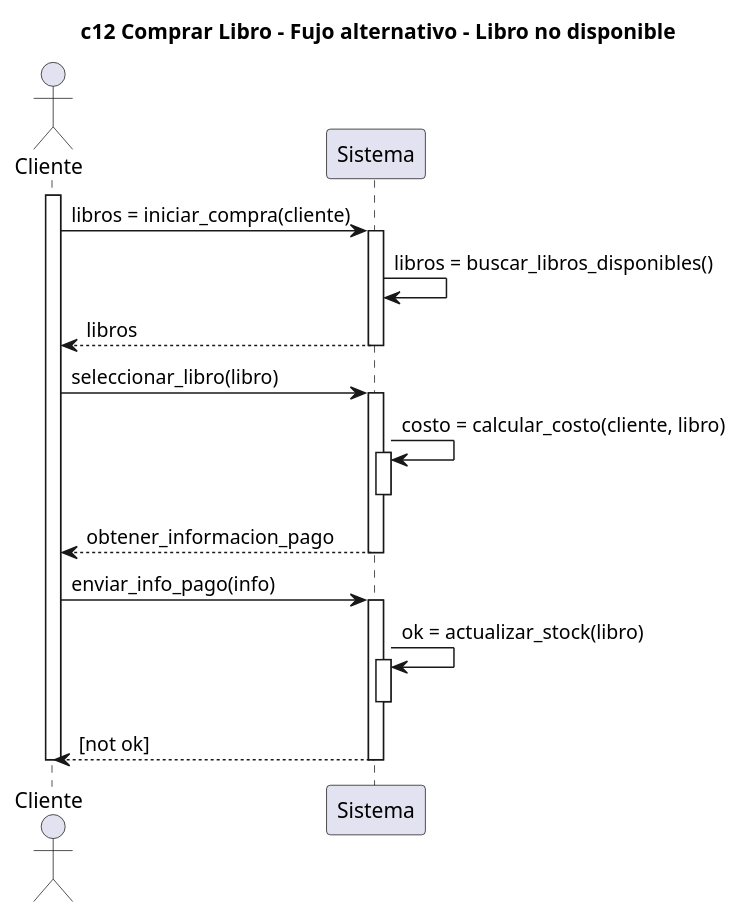
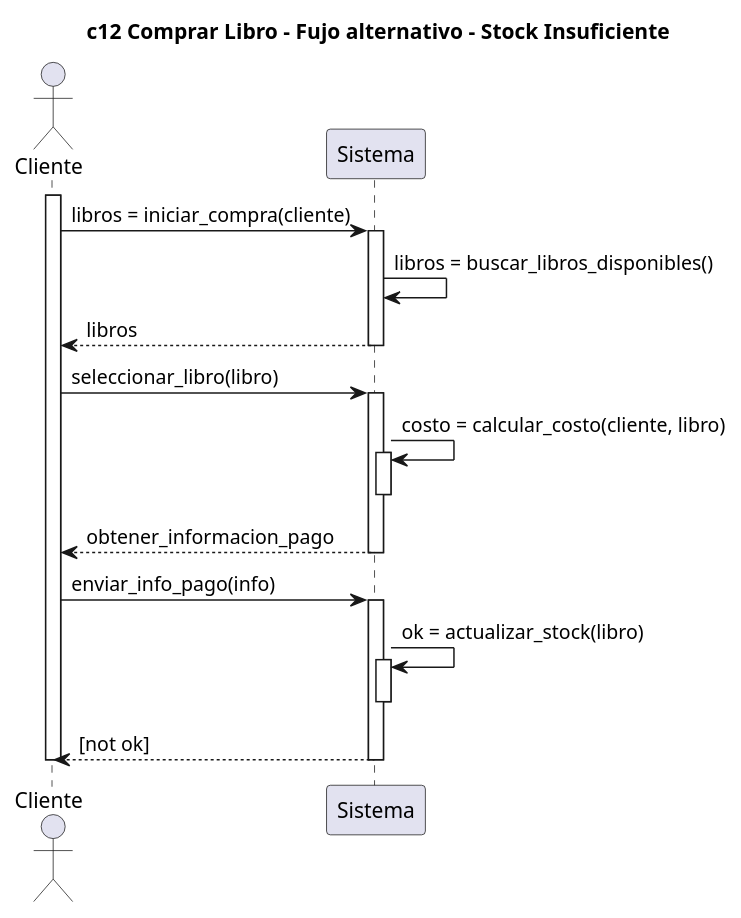
Before and after one commit to pablodanielrey/dsbm: the diagram in tp/secuencia_de_sistema/compra/comprar/secuencia-flujo-alt-2.plantuml, drawn with PlantUML. The commit also changed 3 other files, not shown here.

```diff
--- a/tp/secuencia_de_sistema/compra/comprar/secuencia-flujo-alt-2.plantuml
+++ b/tp/secuencia_de_sistema/compra/comprar/secuencia-flujo-alt-2.plantuml
@@ -1,35 +1,35 @@
 @startuml
 
 
-title c12 Comprar Libro - Fujo alternativo - Libro no disponible
+title c12 Comprar Libro - Fujo alternativo - Stock Insuficiente
 
 actor Cliente as c
 participant Sistema as s
 
 activate c
 c -> s : libros = iniciar_compra(cliente)
 activate s
     s -> s : libros = buscar_libros_disponibles()
     return libros
 deactivate s
 
 c -> s : seleccionar_libro(libro)
 activate s
     s -> s : costo = calcular_costo(cliente, libro)
     activate s
     deactivate s
     return obtener_informacion_pago
 deactivate s
 
 c -> s : enviar_info_pago(info)
 activate s
     s -> s : ok = actualizar_stock(libro)
     activate s
     deactivate s
 
     return [not ok]
 deactivate s
 
 deactivate c
 
 @enduml
```
